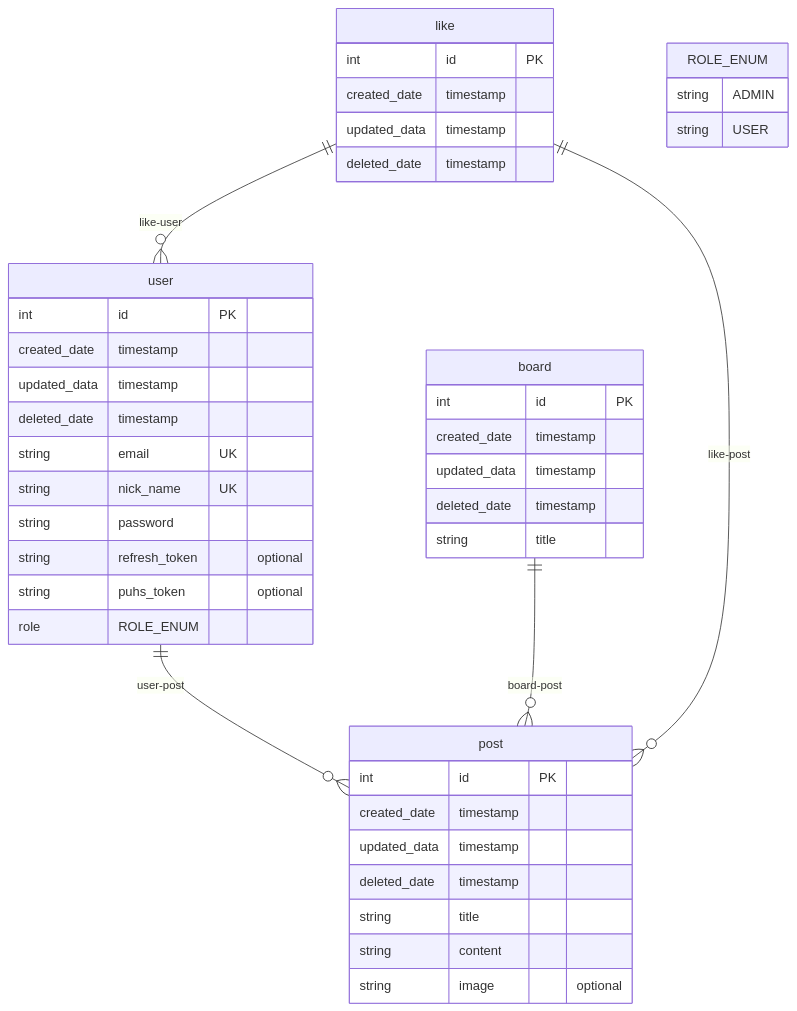
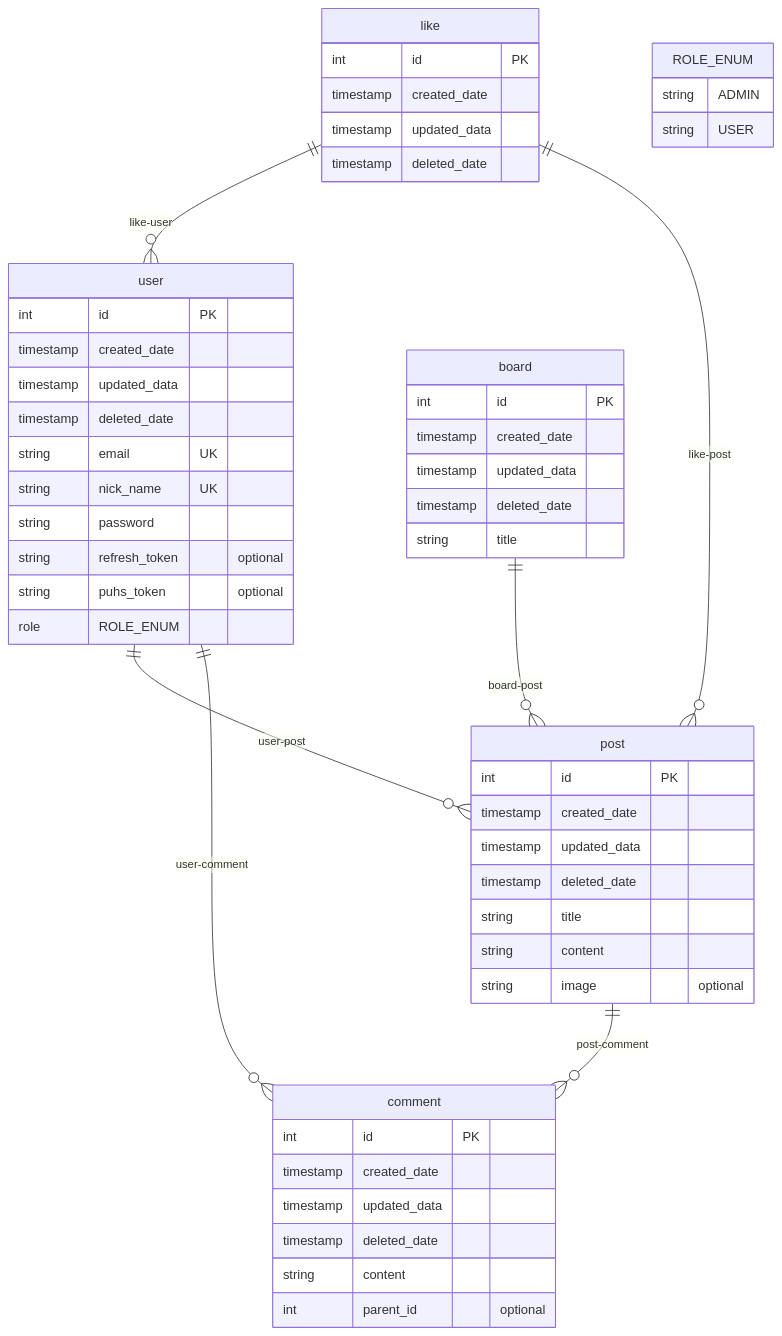
One commit to application-fullstack-project/server changed the diagram in erd.md. Above: the diagram before and after it, drawn with Mermaid.

Commit message:
erd comment 추가

````diff
--- a/erd.md
+++ b/erd.md
@@ -1,45 +1,55 @@
 ```mermaid
 erDiagram
 user {
     int id PK
-    created_date timestamp
-    updated_data timestamp
-    deleted_date timestamp
+    timestamp created_date
+    timestamp updated_data
+    timestamp deleted_date
     string email UK 
     string nick_name UK
     string password
     string refresh_token "optional"
     string puhs_token "optional"
     role ROLE_ENUM
 }
 post {
     int id PK
-    created_date timestamp
-    updated_data timestamp
-    deleted_date timestamp
+    timestamp created_date
+    timestamp updated_data
+    timestamp deleted_date
     string title
     string content
     string image "optional"
 }
 board {
     int id PK
-    created_date timestamp
-    updated_data timestamp
-    deleted_date timestamp
+    timestamp created_date
+    timestamp updated_data
+    timestamp deleted_date
     string title
 }
 like {
     int id PK
-    created_date timestamp
-    updated_data timestamp
-    deleted_date timestamp
+    timestamp created_date
+    timestamp updated_data
+    timestamp deleted_date
+}
+comment {
+    int id PK
+    timestamp created_date
+    timestamp updated_data
+    timestamp deleted_date
+    string content
+    int parent_id "optional"
 }
 ROLE_ENUM {
     string ADMIN
     string USER
 }
 user ||--o{ post : user-post
 board ||--o{ post : board-post
 like ||--o{ user : like-user
 like ||--o{ post : like-post
+post ||--o{ comment : post-comment
+user ||--o{ comment : user-comment
 ```
````
